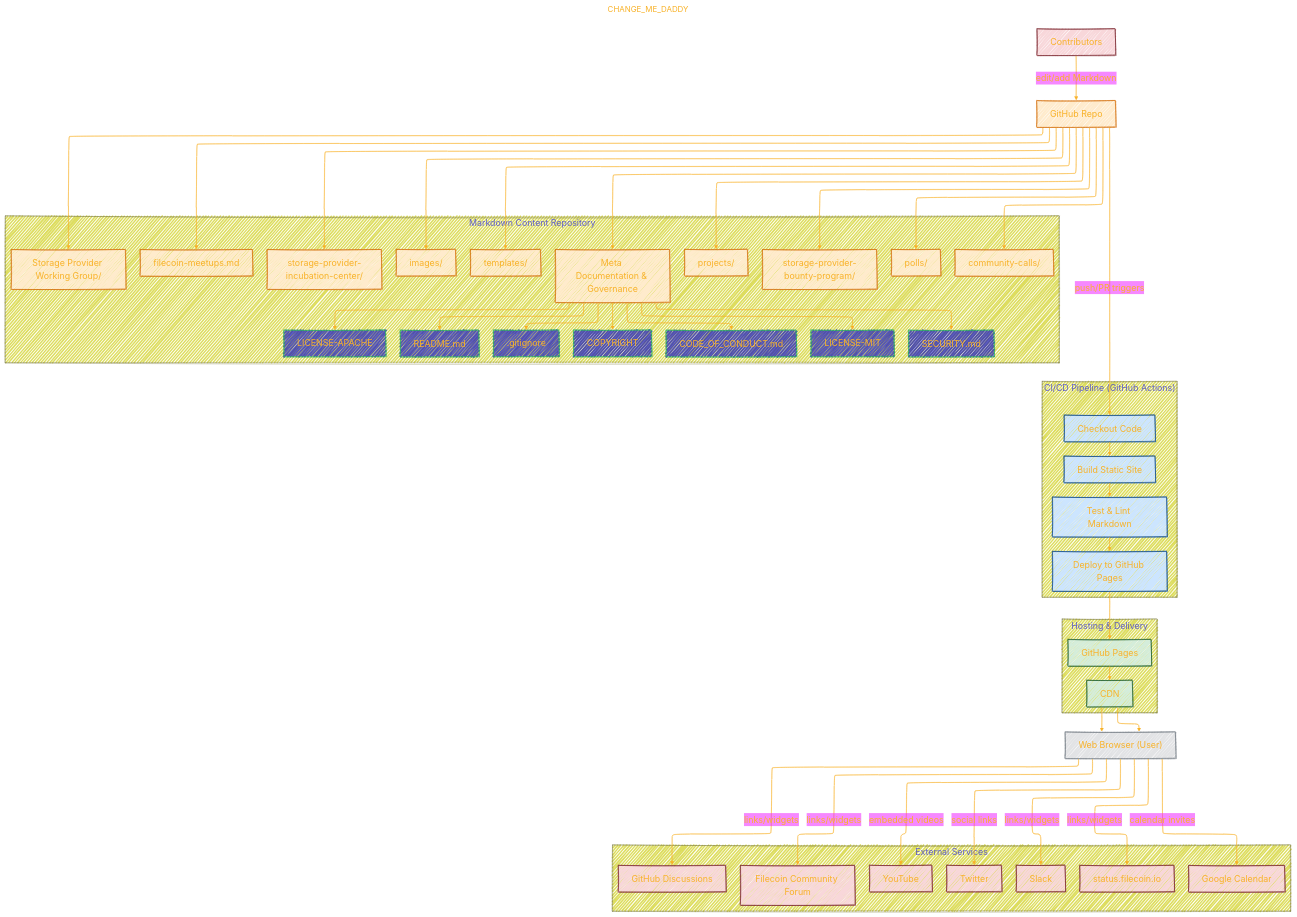
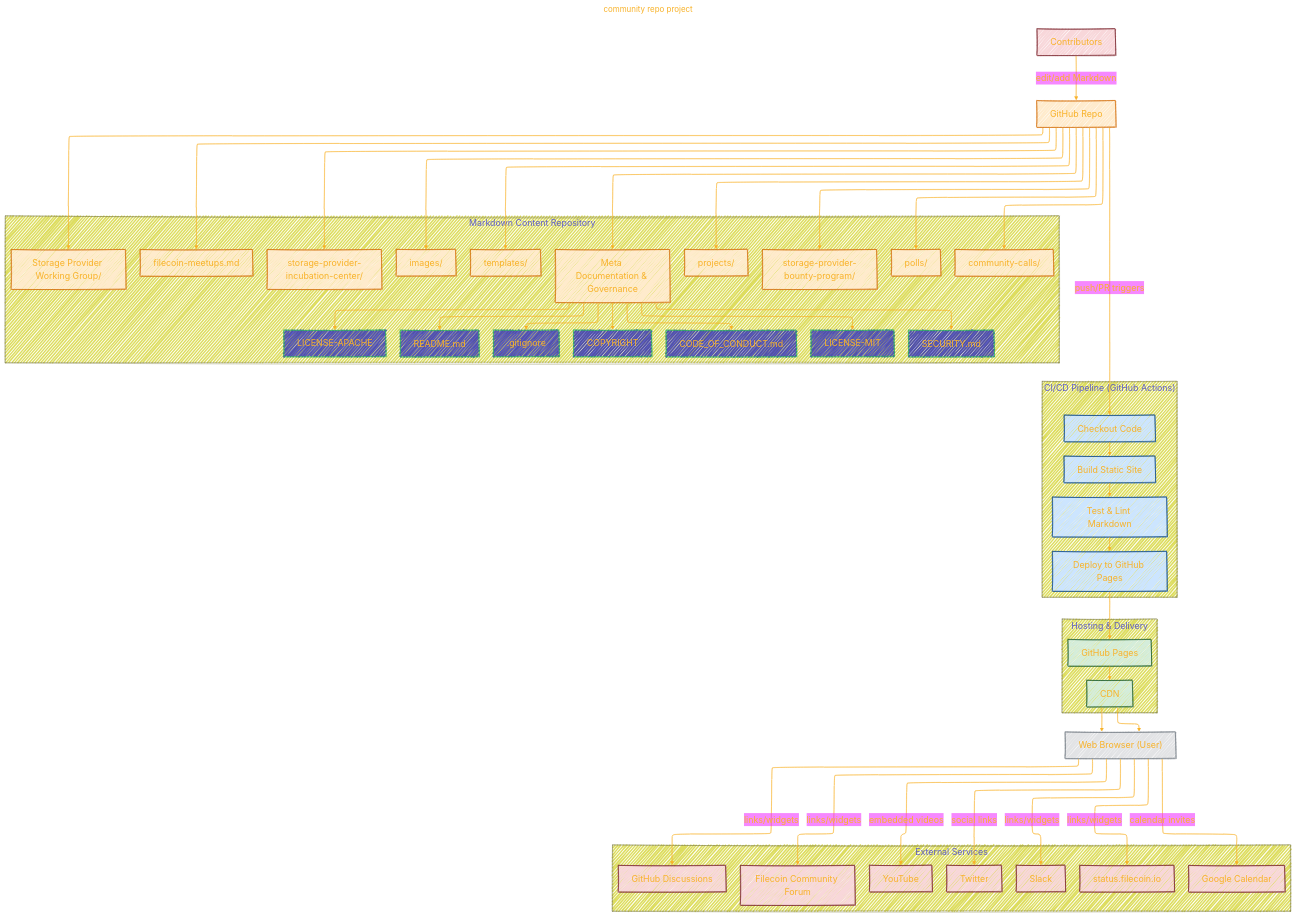
Before and after one commit to CongLeSolutionX/ArchExplorer: the first of 2 diagrams in FILECOIN_PROJECT/community_repo_project.md, drawn with Mermaid. The commit also changed 5 other files, not shown here.

````diff
--- a/FILECOIN_PROJECT/community_repo_project.md
+++ b/FILECOIN_PROJECT/community_repo_project.md
@@ -39,6 +39,6 @@
 ```mermaid
 ---
-title: "CHANGE_ME_DADDY"
+title: "community repo project"
 author: "Cong Le"
 version: "1.0"
 license(s): "MIT, CC BY-SA 4.0"
````
